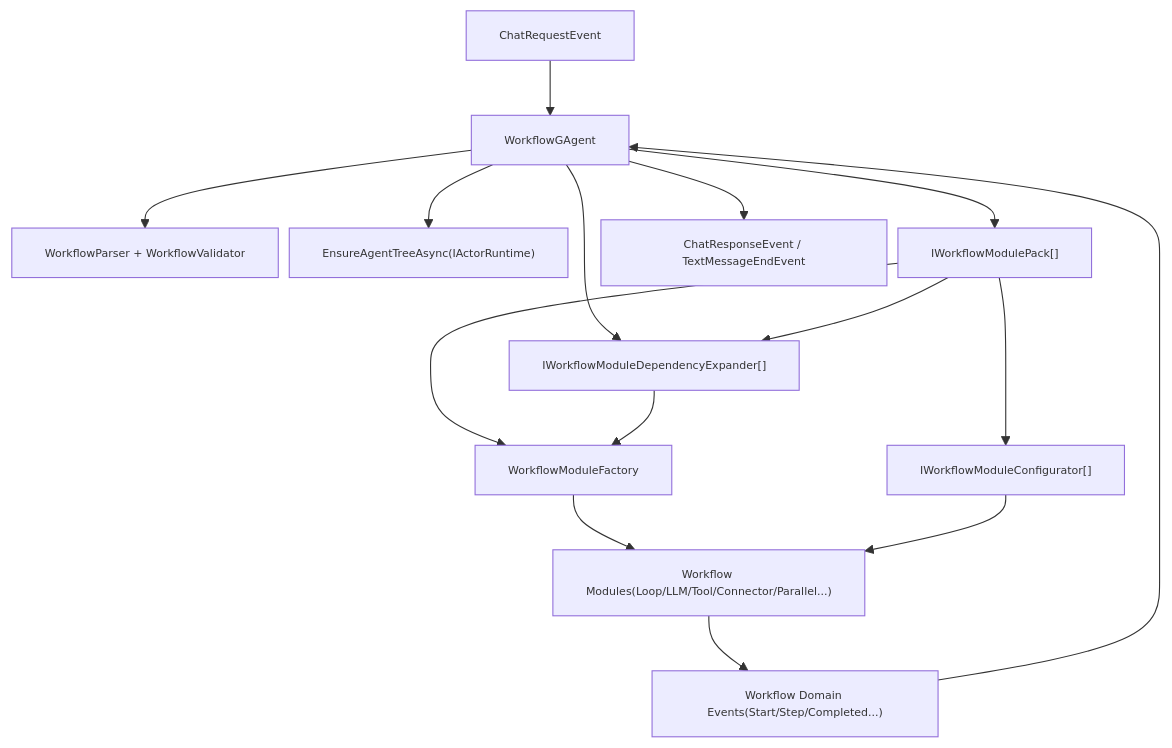
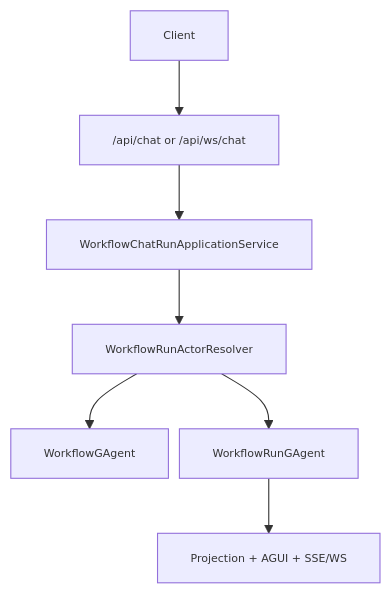
One commit to aevatarAI/aevatar changed the second of 2 diagrams in src/workflow/README.md. Above: the diagram before and after it, drawn with Mermaid. The commit also changed other lines of this file and 92 other files, not shown here.

First line of the commit message:
Refactor workflow architecture to separate definition and run actors

````diff
--- a/src/workflow/README.md
+++ b/src/workflow/README.md
@@ -166,30 +61,10 @@
 ```mermaid
 %%{init: {"maxTextSize": 100000, "flowchart": {"useMaxWidth": false, "nodeSpacing": 10, "rankSpacing": 50}, "themeVariables": {"fontSize": "10px"}}}%%
 flowchart TD
-  CR["ChatRequestEvent"]
-  WG["WorkflowGAgent"]
-  PV["WorkflowParser + WorkflowValidator"]
-  TREE["EnsureAgentTreeAsync(IActorRuntime)"]
-  EXP["IWorkflowModuleDependencyExpander[]"]
-  PACK["IWorkflowModulePack[]"]
-  FACT["WorkflowModuleFactory"]
-  CFG["IWorkflowModuleConfigurator[]"]
-  MOD["Workflow Modules(Loop/LLM/Tool/Connector/Parallel...)"]
-  EVT["Workflow Domain Events(Start/Step/Completed...)"]
-  OUT["ChatResponseEvent / TextMessageEndEvent"]
-
-  CR --> WG
-  WG --> PV
-  WG --> TREE
-  WG --> PACK
-  WG --> EXP
-  PACK --> FACT
-  PACK --> EXP
-  PACK --> CFG
-  EXP --> FACT
-  FACT --> MOD
-  CFG --> MOD
-  MOD --> EVT
-  EVT --> WG
-  WG --> OUT
+  Client["Client"] --> Api["/api/chat or /api/ws/chat"]
+  Api --> App["WorkflowChatRunApplicationService"]
+  App --> Resolver["WorkflowRunActorResolver"]
+  Resolver --> Def["WorkflowGAgent"]
+  Resolver --> Run["WorkflowRunGAgent"]
+  Run --> Stream["Projection + AGUI + SSE/WS"]
 ```
````
